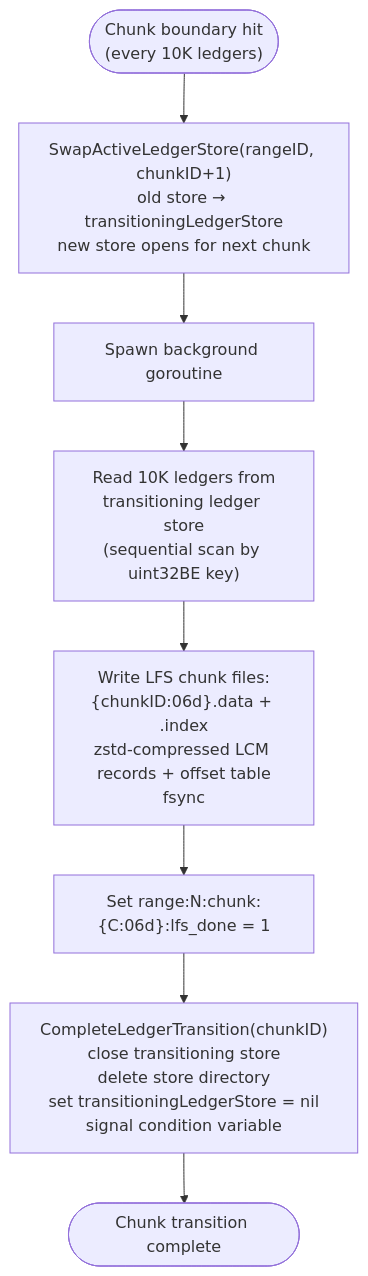
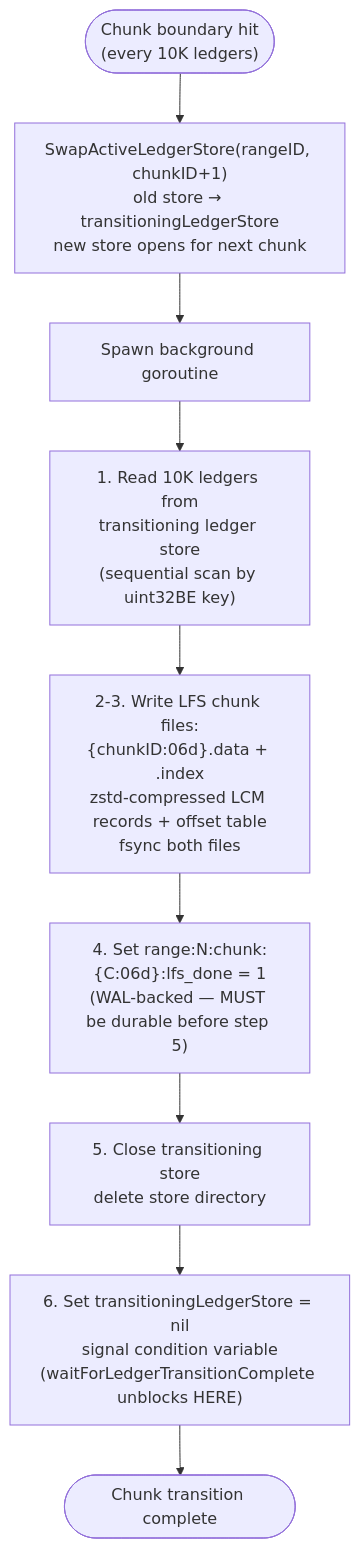
One commit to karthikiyer56/stellar-full-history-ingestion changed the first of 3 diagrams in design-docs-v2/06-streaming-transition-workflow.md. Above: the diagram before and after it, drawn with Mermaid. The commit also changed other lines of this file and 8 other files, not shown here.

First line of the commit message:
docs: architecture review fixes — atomicity, crash recovery, lifecycle contracts

````diff
--- a/design-docs-v2/06-streaming-transition-workflow.md
+++ b/design-docs-v2/06-streaming-transition-workflow.md
@@ -37,10 +44,11 @@
 ```mermaid
 flowchart TD
     CHUNK_HIT(["Chunk boundary hit<br/>(every 10K ledgers)"]) --> SWAP["SwapActiveLedgerStore(rangeID, chunkID+1)<br/>old store → transitioningLedgerStore<br/>new store opens for next chunk"]
     SWAP --> BG_START["Spawn background goroutine"]
-    BG_START --> READ["Read 10K ledgers from<br/>transitioning ledger store<br/>(sequential scan by uint32BE key)"]
-    READ --> WRITE_LFS["Write LFS chunk files:<br/>{chunkID:06d}.data + .index<br/>zstd-compressed LCM records + offset table<br/>fsync"]
-    WRITE_LFS --> SET_FLAG["Set range:N:chunk:{C:06d}:lfs_done = 1"]
-    SET_FLAG --> COMPLETE_TX["CompleteLedgerTransition(chunkID)<br/>close transitioning store<br/>delete store directory<br/>set transitioningLedgerStore = nil<br/>signal condition variable"]
-    COMPLETE_TX --> DONE(["Chunk transition complete"])
+    BG_START --> READ["1. Read 10K ledgers from<br/>transitioning ledger store<br/>(sequential scan by uint32BE key)"]
+    READ --> WRITE_LFS["2-3. Write LFS chunk files:<br/>{chunkID:06d}.data + .index<br/>zstd-compressed LCM records + offset table<br/>fsync both files"]
+    WRITE_LFS --> SET_FLAG["4. Set range:N:chunk:{C:06d}:lfs_done = 1<br/>(WAL-backed — MUST be durable before step 5)"]
+    SET_FLAG --> CLOSE_STORE["5. Close transitioning store<br/>delete store directory"]
+    CLOSE_STORE --> NIL_SIGNAL["6. Set transitioningLedgerStore = nil<br/>signal condition variable<br/>(waitForLedgerTransitionComplete unblocks HERE)"]
+    NIL_SIGNAL --> DONE(["Chunk transition complete"])
 ```
````
